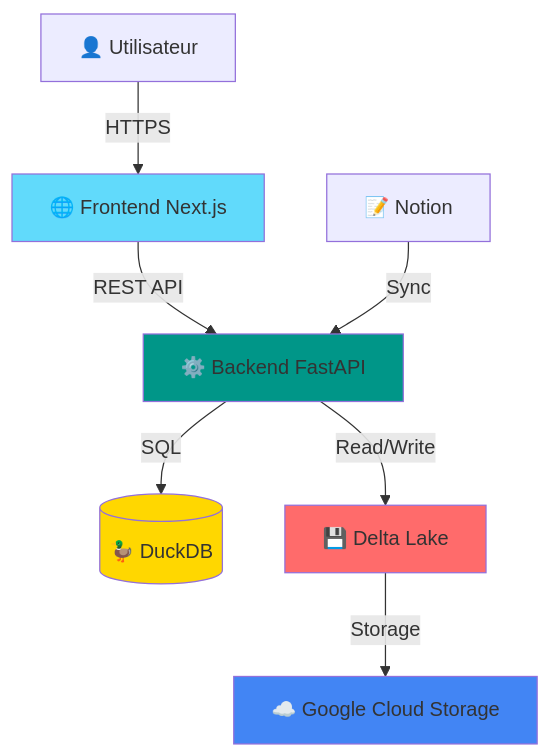
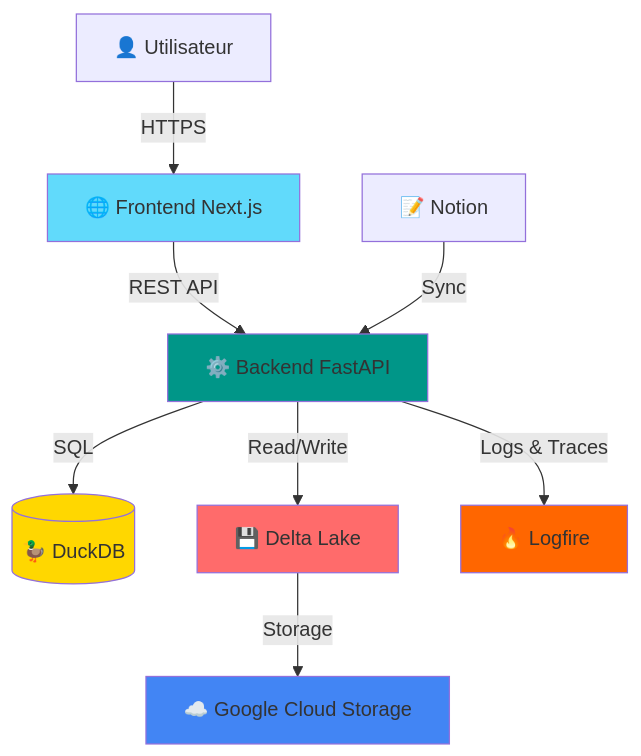
One commit to JonathanNdambaPro/Lead-Analytics-Dashboard changed the first of 5 diagrams in docs/architecture.md. Above: the diagram before and after it, drawn with Mermaid. The commit also changed other lines of this file and 11 other files, not shown here.

````diff
--- a/docs/architecture.md
+++ b/docs/architecture.md
@@ -7,15 +7,17 @@
 ```mermaid
 graph TB
     User[👤 Utilisateur] -->|HTTPS| Frontend[🌐 Frontend Next.js]
     Frontend -->|REST API| Backend[⚙️ Backend FastAPI]
     Backend -->|SQL| DuckDB[(🦆 DuckDB)]
     Backend -->|Read/Write| DeltaLake[💾 Delta Lake]
     DeltaLake -->|Storage| GCS[☁️ Google Cloud Storage]
+    Backend -->|Logs & Traces| Logfire[🔥 Logfire]
     Notion[📝 Notion] -->|Sync| Backend
 
     style Frontend fill:#61dafb
     style Backend fill:#009688
     style DuckDB fill:#ffd700
     style DeltaLake fill:#ff6b6b
     style GCS fill:#4285f4
+    style Logfire fill:#ff6600
 ```
````
